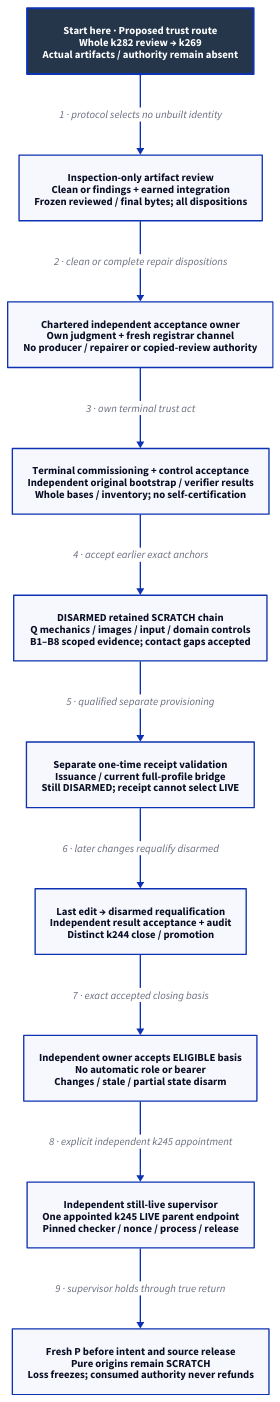
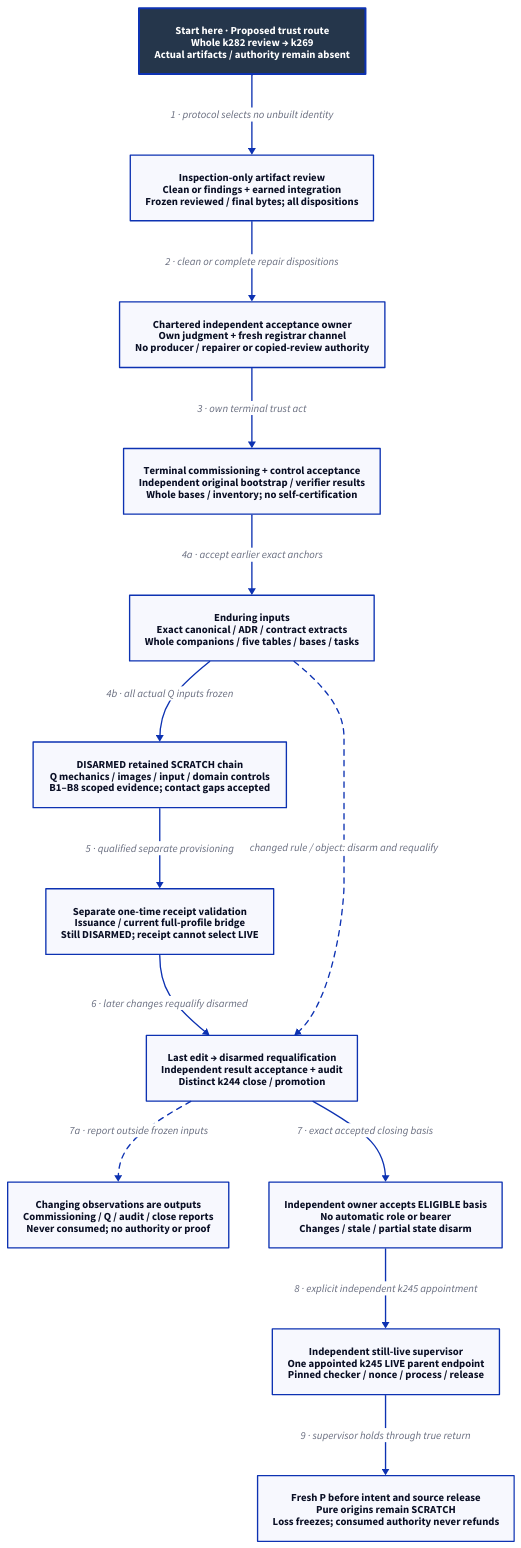
Before and after one commit to Linkuistics/Koine: the diagram in docs/design/architecture/native-reference-proof.d2, drawn with D2. The commit also changed 26 other files, not shown here.

Commit message:
Separate enduring reference inputs from changing reports (reference-evidence-normative-inputs-k286)

```diff
--- a/docs/design/architecture/native-reference-proof.d2
+++ b/docs/design/architecture/native-reference-proof.d2
@@ -1,24 +1,29 @@
 # Proposed dependency flow; root, tools and controls remain unqualified.
 direction: down
 classes: {
   start: {style: {fill: "#25364B"; font-color: "#FFFFFF"; bold: true; stroke-width: 3}}
 }
 Start: "Start here · Proposed trust route\nWhole k282 review → k269\nActual artifacts / authority remain absent" {class: start}
 Review: "Inspection-only artifact review\nClean or findings + earned integration\nFrozen reviewed / final bytes; all dispositions"
 Owner: "Chartered independent acceptance owner\nOwn judgment + fresh registrar channel\nNo producer / repairer or copied-review authority"
 Self: "Terminal commissioning + control acceptance\nIndependent original bootstrap / verifier results\nWhole bases / inventory; no self-certification"
 Qualification: "DISARMED retained SCRATCH chain\nQ mechanics / images / input / domain controls\nB1–B8 scoped evidence; contact gaps accepted"
+Inputs: "Enduring inputs\nExact canonical / ADR / contract extracts\nWhole companions / five tables / bases / tasks"
+Report: "Changing observations are outputs\nCommissioning / Q / audit / close reports\nNever consumed; no authority or proof"
 Receipt: "Separate one-time receipt validation\nIssuance / current full-profile bridge\nStill DISARMED; receipt cannot select LIVE"
 Final: "Last edit → disarmed requalification\nIndependent result acceptance + audit\nDistinct k244 close / promotion"
 Release: "Independent owner accepts ELIGIBLE basis\nNo automatic role or bearer\nChanges / stale / partial state disarm"
 Channel: "Independent still-live supervisor\nOne appointed k245 LIVE parent endpoint\nPinned checker / nonce / process / release"
 Boundary: "Fresh P before intent and source release\nPure origins remain SCRATCH\nLoss freezes; consumed authority never refunds"
 Start -> Review: "1 · protocol selects no unbuilt identity"
 Review -> Owner: "2 · clean or complete repair dispositions"
 Owner -> Self: "3 · own terminal trust act"
-Self -> Qualification: "4 · accept earlier exact anchors"
+Self -> Inputs: "4a · accept earlier exact anchors"
+Inputs -> Qualification: "4b · all actual Q inputs frozen"
 Qualification -> Receipt: "5 · qualified separate provisioning"
 Receipt -> Final: "6 · later changes requalify disarmed"
 Final -> Release: "7 · exact accepted closing basis"
+Final -> Report: "7a · report outside frozen inputs" {style.stroke-dash: 4}
+Inputs -> Final: "changed rule / object: disarm and requalify" {style.stroke-dash: 4}
 Release -> Channel: "8 · explicit independent k245 appointment"
 Channel -> Boundary: "9 · supervisor holds through true return"
```
